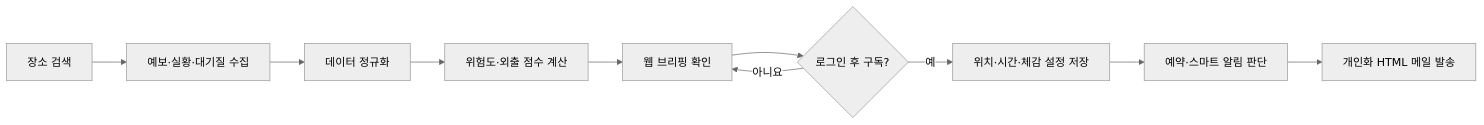
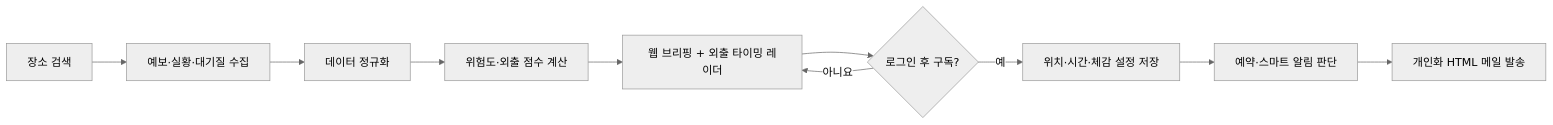
One commit to boclair98/Weather changed the first of 2 diagrams in README.md. Above: the diagram before and after it, drawn with Mermaid (neutral theme). The commit also changed other lines of this file and 10 other files, not shown here.

````diff
--- a/README.md
+++ b/README.md
@@ -87,12 +88,12 @@
 ```mermaid
 flowchart LR
     A["장소 검색"] --> B["예보·실황·대기질 수집"]
     B --> C["데이터 정규화"]
     C --> D["위험도·외출 점수 계산"]
-    D --> E["웹 브리핑 확인"]
+    D --> E["웹 브리핑 + 외출 타이밍 레이더"]
     E --> F{"로그인 후 구독?"}
     F -- "아니요" --> E
     F -- "예" --> G["위치·시간·체감 설정 저장"]
     G --> H["예약·스마트 알림 판단"]
     H --> I["개인화 HTML 메일 발송"]
 ```
````
